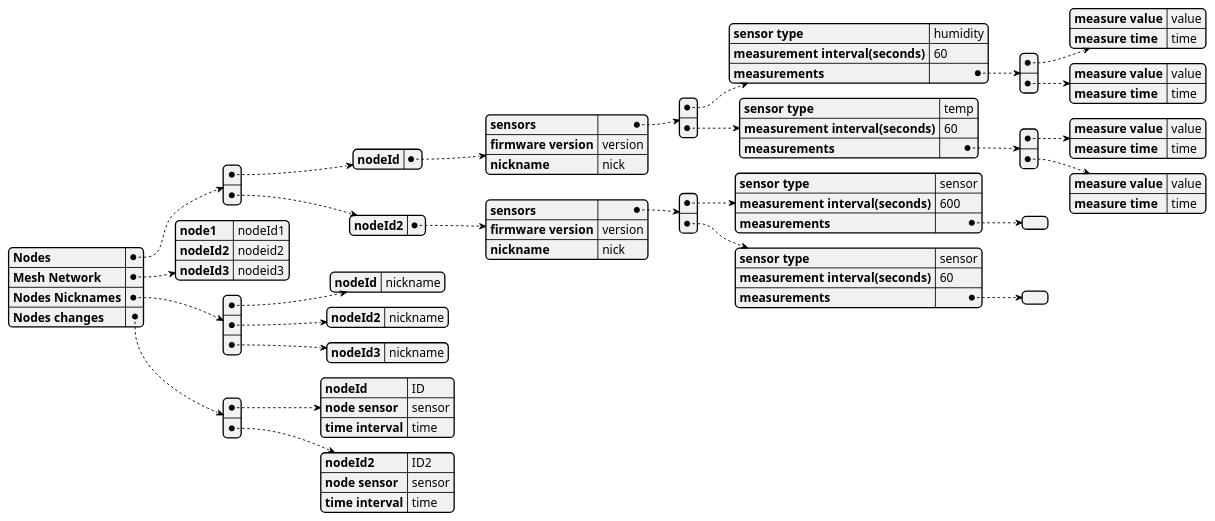
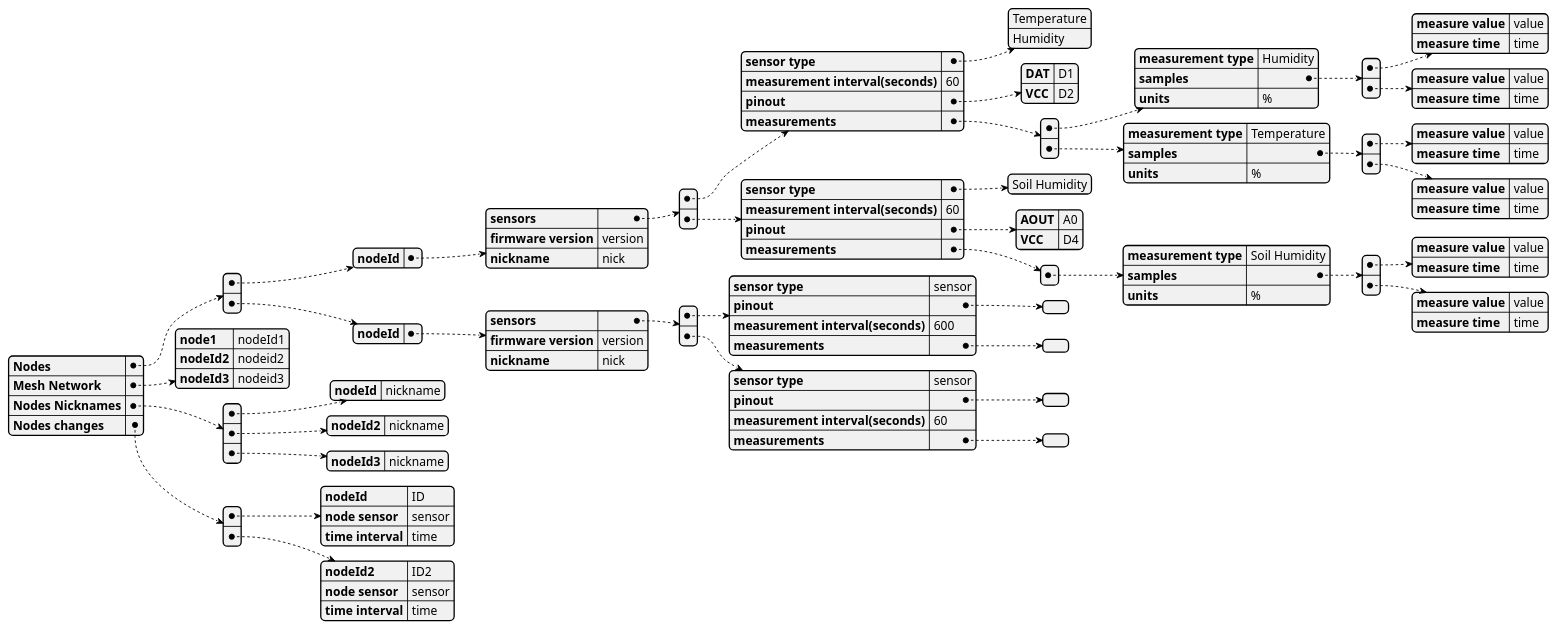
The diagram in docs/uml/data_structure.puml (m-schwob/MeshGarden), drawn with PlantUML before and after one commit.

Commit message:
add data to sensor in the diagram and addd support for multiple measurement types in same sensor

```diff
--- a/docs/uml/data_structure.puml
+++ b/docs/uml/data_structure.puml
@@ -1,40 +1,131 @@
 @startjson
+
 {
-  "Nodes": [{ 
-  "nodeId" : { "sensors" : [
-{"sensor type": "humidity",
- "measurement interval(seconds)" : "60",
- "measurements" : [{ "measure value" : "value", "measure time": "time"},{ "measure value" : "value", "measure time": "time"}]
-},
-{"sensor type": "temp",
- "measurement interval(seconds)" : "60",
- "measurements" : [{ "measure value" : "value", "measure time": "time"},{ "measure value" : "value", "measure time": "time"}]
+    "Nodes": [
+        {
+            "nodeId": {
+                "sensors": [
+                    {
+                        "sensor type": [
+                            "Temperature",
+                            "Humidity"
+                        ],
+                        "measurement interval(seconds)": "60",
+                        "pinout": {
+                            "DAT": "D1",
+                            "VCC": "D2"
+                        },
+                        "measurements": [
+                            {
+                                "measurement type": "Humidity",
+                                "samples": [
+                                    {
+                                        "measure value": "value",
+                                        "measure time": "time"
+                                    },
+                                    {
+                                        "measure value": "value",
+                                        "measure time": "time"
+                                    }
+                                ],
+                                "units": "%"
+                            },
+                            {
+                                "measurement type": "Temperature",
+                                "samples": [
+                                    {
+                                        "measure value": "value",
+                                        "measure time": "time"
+                                    },
+                                    {
+                                        "measure value": "value",
+                                        "measure time": "time"
+                                    }
+                                ],
+                                "units": "%"
+                            }
+                        ]
+                    },
+                    {
+                        "sensor type": [
+                            "Soil Humidity"
+                        ],
+                        "measurement interval(seconds)": "60",
+                        "pinout": {
+                            "AOUT": "A0",
+                            "VCC": "D4"
+                        },
+                        "measurements": [
+                            {
+                                "measurement type": "Soil Humidity",
+                                "samples": [
+                                    {
+                                        "measure value": "value",
+                                        "measure time": "time"
+                                    },
+                                    {
+                                        "measure value": "value",
+                                        "measure time": "time"
+                                    }
+                                ],
+                                "units": "%"
+                            }
+                        ]
+                    }
+                ],
+                "firmware version": "version",
+                "nickname": "nick"
+            }
+        },
+        {
+            "nodeId": {
+                "sensors": [
+                    {
+                        "sensor type": "sensor",
+                        "pinout": {},
+                        "measurement interval(seconds)": "600",
+                        "measurements": []
+                    },
+                    {
+                        "sensor type": "sensor",
+                        "pinout": {},
+                        "measurement interval(seconds)": "60",
+                        "measurements": []
+                    }
+                ],
+                "firmware version": "version",
+                "nickname": "nick"
+            }
+        }
+    ],
+    "Mesh Network": {
+        "node1": "nodeId1",
+        "nodeId2": "nodeid2",
+        "nodeId3": "nodeid3"
+    },
+    "Nodes Nicknames": [
+        {
+            "nodeId": "nickname"
+        },
+        {
+            "nodeId2": "nickname"
+        },
+        {
+            "nodeId3": "nickname"
+        }
+    ],
+    "Nodes changes": [
+        {
+            "nodeId": "ID",
+            "node sensor": "sensor",
+            "time interval": "time"
+        },
+        {
+            "nodeId2": "ID2",
+            "node sensor": "sensor",
+            "time interval": "time"
+        }
+    ]
 }
-],
-                  "firmware version" : "version",
-                  "nickname" : "nick" }
-  },
-{ 
-  "nodeId2" : { "sensors" : [
-{"sensor type": "sensor",
- "measurement interval(seconds)" : "600",
- "measurements" : []
-},
-{"sensor type": "sensor",
- "measurement interval(seconds)" : "60",
- "measurements" : []
-}
-],
-                  "firmware version" : "version",
-                  "nickname" : "nick" }
-  }
-],
-  "Mesh Network": {
-     "node1" : "nodeId1",
-     "nodeId2" : "nodeid2",
-     "nodeId3" : "nodeid3"
-  },
-  "Nodes Nicknames": [{"nodeId" : "nickname"},{"nodeId2" : "nickname"},{"nodeId3" : "nickname"}],
-  "Nodes changes": [{"nodeId": "ID" , "node sensor": "sensor", "time interval": "time"},{"nodeId2": "ID2" , "node sensor": "sensor", "time interval": "time"}]
-}
+
 @endjson
```
